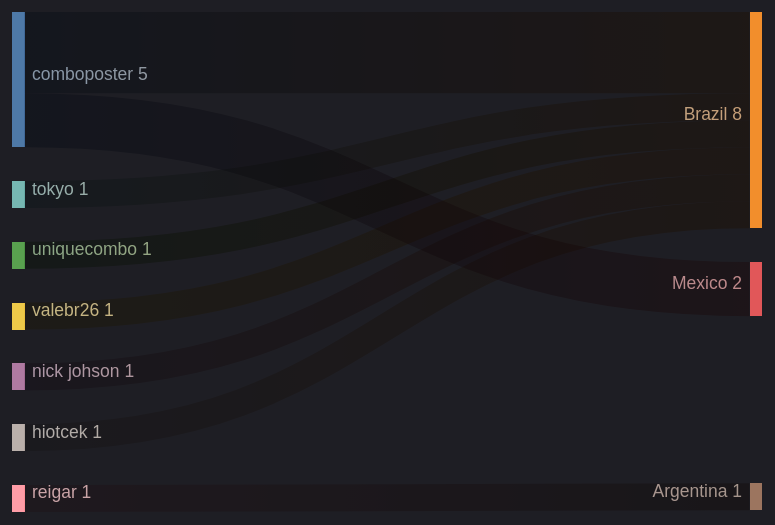
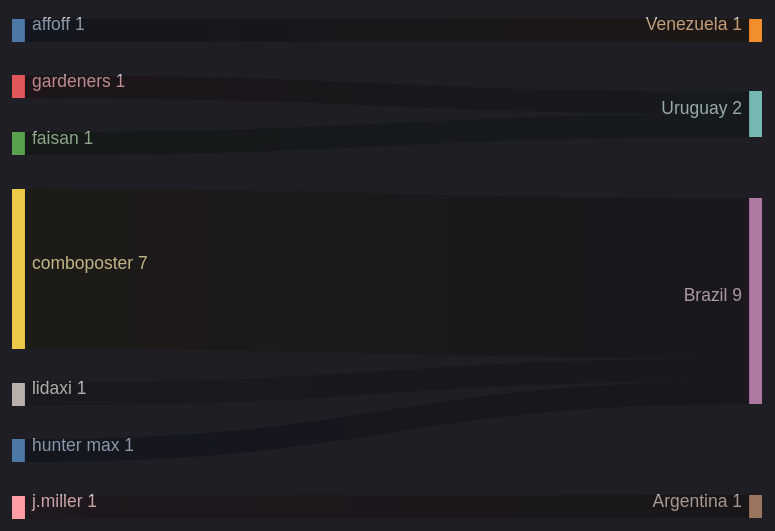
The fifth of 5 diagrams in exfiltradaz.md (ZoqueLabs/website), drawn with Mermaid before and after one commit. The commit also changed other lines of this file, not shown here.

````diff
--- a/exfiltradaz.md
+++ b/exfiltradaz.md
@@ -122,15 +136,14 @@
 ```mermaid
 ---
 config:
   theme: dark
 ---
 sankey-beta
-  comboposter,Brazil,3
-  comboposter,Mexico,2
-  tokyo,Brazil,1
-  uniquecombo,Brazil,1
-  valebr26,Brazil,1
-  nick johson,Brazil,1
-  reigar,Argentina,1
-  hiotcek,Brazil,1
+  affoff,Venezuela,1
+  gardeners,Uruguay,1
+  faisan,Uruguay,1
+  comboposter,Brazil,7
+  j.miller,Argentina,1
+  lidaxi,Brazil,1
+  hunter max,Brazil,1
 ```
````
